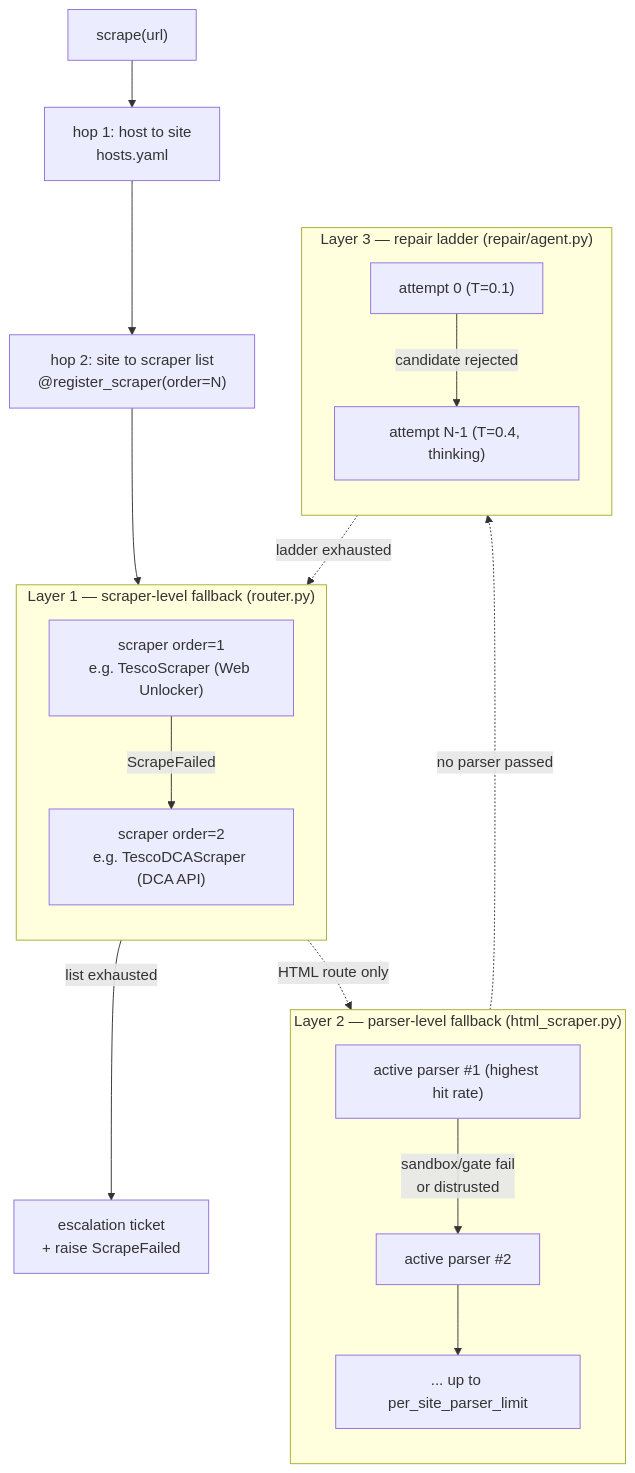
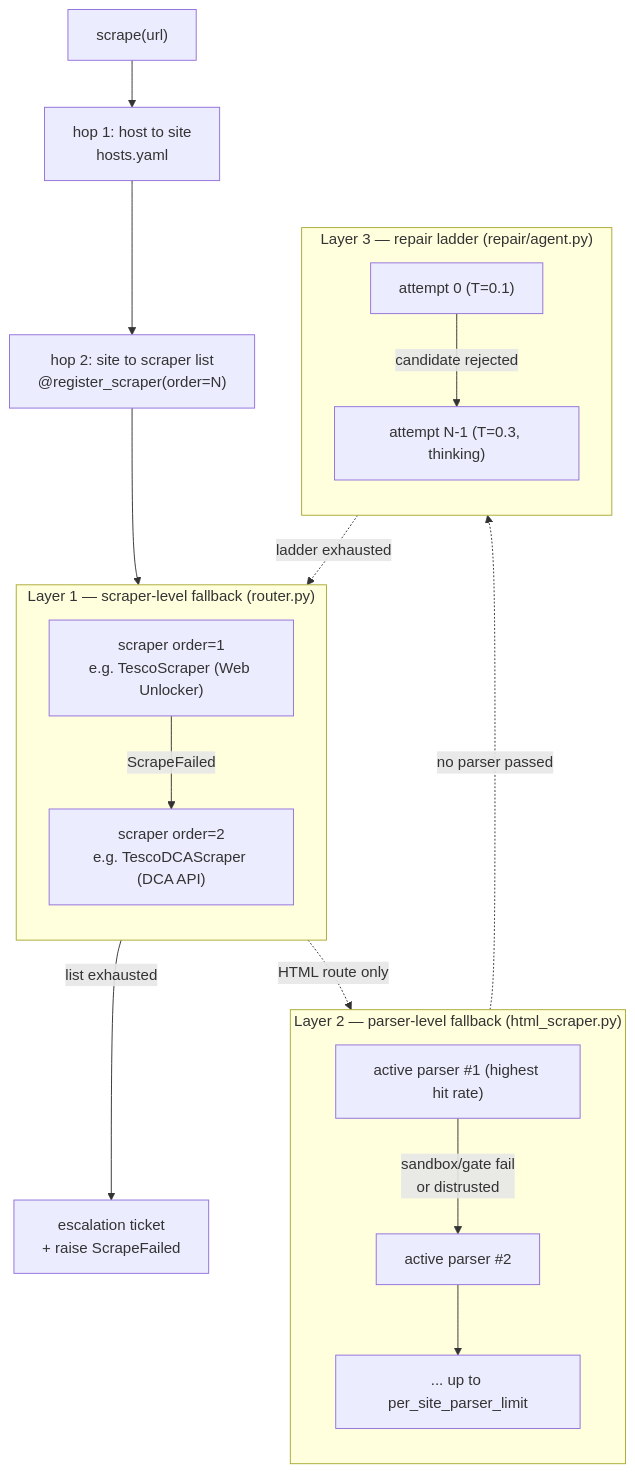
Before and after one commit to Kumoyyds/competitor_product_search: the first of 7 diagrams in docs/scraping_design.md, drawn with Mermaid. The commit also changed other lines of this file and 24 other files, not shown here.

````diff
--- a/docs/scraping_design.md
+++ b/docs/scraping_design.md
@@ -58,33 +58,33 @@
 ```mermaid
 flowchart TD
     A["scrape(url)"] --> B["hop 1: host to site<br/>hosts.yaml"]
     B --> C["hop 2: site to scraper list<br/>@register_scraper(order=N)"]
 
     subgraph L1["Layer 1 — scraper-level fallback (router.py)"]
         direction TB
         S1["scraper order=1<br/>e.g. TescoScraper (Web Unlocker)"]
         S2["scraper order=2<br/>e.g. TescoDCAScraper (DCA API)"]
         S1 -->|"ScrapeFailed"| S2
     end
 
     subgraph L2["Layer 2 — parser-level fallback (html_scraper.py)"]
         direction TB
         P1["active parser #1 (highest hit rate)"]
         P2["active parser #2"]
         P3["... up to per_site_parser_limit"]
         P1 -->|"sandbox/gate fail<br/>or distrusted"| P2 --> P3
     end
 
     subgraph L3["Layer 3 — repair ladder (repair/agent.py)"]
         direction TB
         R0["attempt 0 (T=0.1)"]
-        R1["attempt N-1 (T=0.4, thinking)"]
+        R1["attempt N-1 (T=0.3, thinking)"]
         R0 -->|"candidate rejected"| R1
     end
 
     C --> L1
     S1 -.->|"HTML route only"| L2
     P3 -.->|"no parser passed"| L3
     L3 -.->|"ladder exhausted"| S2
     S2 -->|"list exhausted"| ESC["escalation ticket<br/>+ raise ScrapeFailed"]
 ```
````
